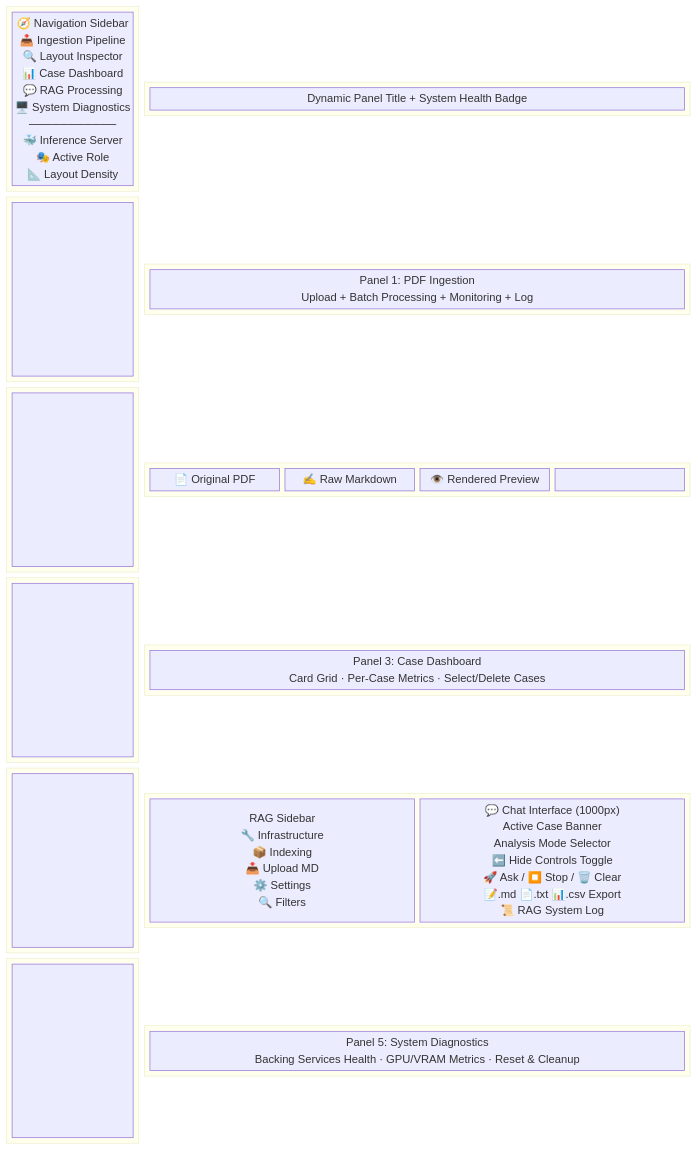
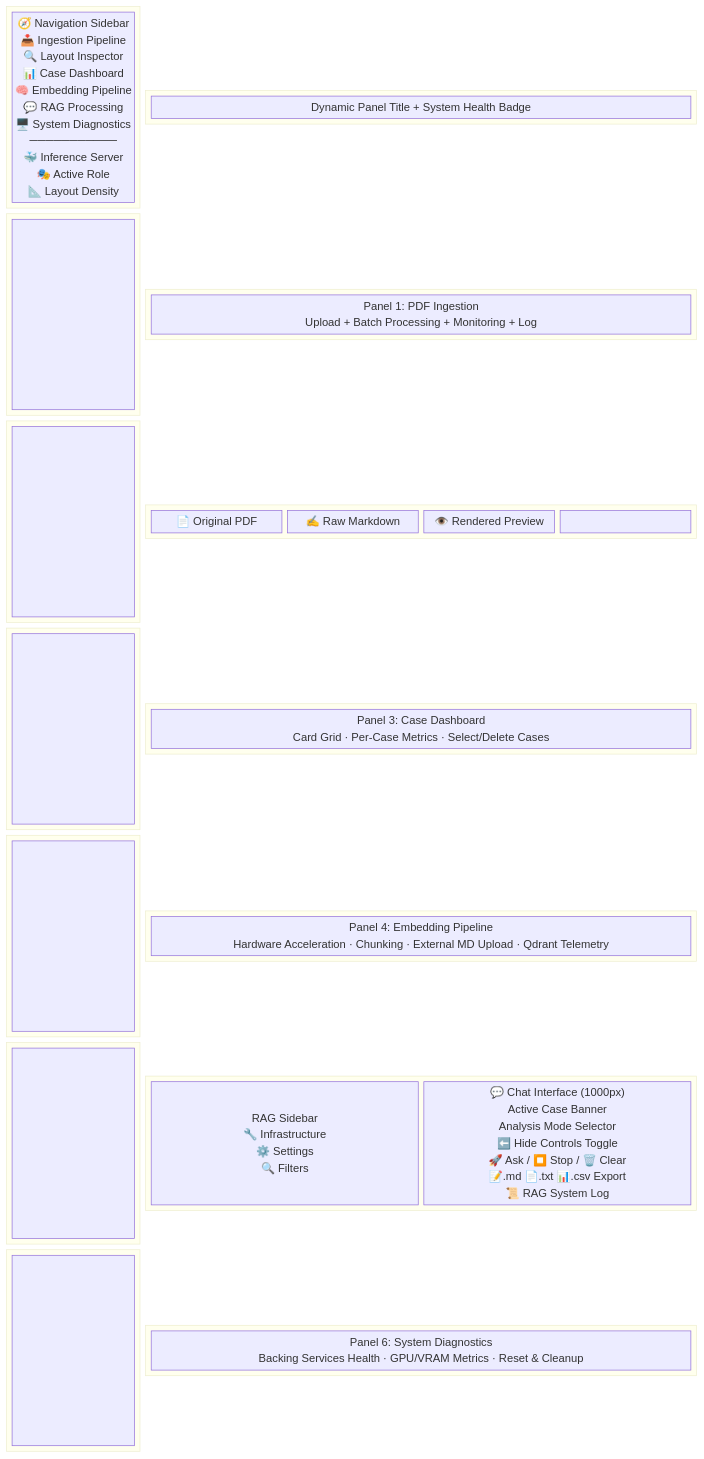
The first of 2 diagrams in README.md (r70pro/CORAG), drawn with Mermaid before and after one commit. The commit also changed other lines of this file and 17 other files, not shown here.

Commit message:
Update RAG embedding pipeline UI, caching, settings, diagnostics, and test coverage

````diff
--- a/README.md
+++ b/README.md
@@ -82,68 +83,78 @@
 ```mermaid
 block-beta
     columns 5
 
     block:navsidebar:1
         columns 1
-        nav["🧭 Navigation Sidebar<br/>📥 Ingestion Pipeline<br/>🔍 Layout Inspector<br/>📊 Case Dashboard<br/>💬 RAG Processing<br/>🖥️ System Diagnostics<br/>───────────<br/>🐳 Inference Server<br/>🎭 Active Role<br/>📐 Layout Density"]
+        nav["🧭 Navigation Sidebar<br/>📥 Ingestion Pipeline<br/>🔍 Layout Inspector<br/>📊 Case Dashboard<br/>🧠 Embedding Pipeline<br/>💬 RAG Processing<br/>🖥️ System Diagnostics<br/>───────────<br/>🐳 Inference Server<br/>🎭 Active Role<br/>📐 Layout Density"]
     end
 
     block:contentarea:4
         columns 4
         paneltitle["Dynamic Panel Title + System Health Badge"]
     end
 
     block:spacer1:1
         columns 1
         space1[" "]
     end
 
     block:panel1:4
         columns 4
         p1["Panel 1: PDF Ingestion<br/>Upload + Batch Processing + Monitoring + Log"]
     end
 
     block:spacer2:1
         columns 1
         space2[" "]
     end
 
     block:panel2:4
         columns 4
         p2a["📄 Original PDF"]
         p2b["✍️ Raw Markdown"]
         p2c["👁️ Rendered Preview"]
         p2d[" "]
     end
 
     block:spacer3:1
         columns 1
         space3[" "]
     end
 
     block:panel3:4
         columns 4
         p3["Panel 3: Case Dashboard<br/>Card Grid · Per-Case Metrics · Select/Delete Cases"]
     end
 
     block:spacer4:1
         columns 1
         space4[" "]
     end
 
     block:panel4:4
         columns 4
-        p4sidebar["RAG Sidebar<br/>🔧 Infrastructure<br/>📦 Indexing<br/>📥 Upload MD<br/>⚙️ Settings<br/>🔍 Filters"]
-        p4chat["💬 Chat Interface (1000px)<br/>Active Case Banner<br/>Analysis Mode Selector<br/>⬅️ Hide Controls Toggle<br/>🚀 Ask / ⏹️ Stop / 🗑️ Clear<br/>📝.md 📄.txt 📊.csv Export<br/>📜 RAG System Log"]
+        p4["Panel 4: Embedding Pipeline<br/>Hardware Acceleration · Chunking · External MD Upload · Qdrant Telemetry"]
     end
 
     block:spacer5:1
         columns 1
         space5[" "]
     end
 
     block:panel5:4
         columns 4
-        p5["Panel 5: System Diagnostics<br/>Backing Services Health · GPU/VRAM Metrics · Reset & Cleanup"]
+        p5sidebar["RAG Sidebar<br/>🔧 Infrastructure<br/>⚙️ Settings<br/>🔍 Filters"]
+        p5chat["💬 Chat Interface (1000px)<br/>Active Case Banner<br/>Analysis Mode Selector<br/>⬅️ Hide Controls Toggle<br/>🚀 Ask / ⏹️ Stop / 🗑️ Clear<br/>📝.md 📄.txt 📊.csv Export<br/>📜 RAG System Log"]
+    end
+
+    block:spacer6:1
+        columns 1
+        space6[" "]
+    end
+
+    block:panel6:4
+        columns 4
+        p6["Panel 6: System Diagnostics<br/>Backing Services Health · GPU/VRAM Metrics · Reset & Cleanup"]
     end
 ```
````
